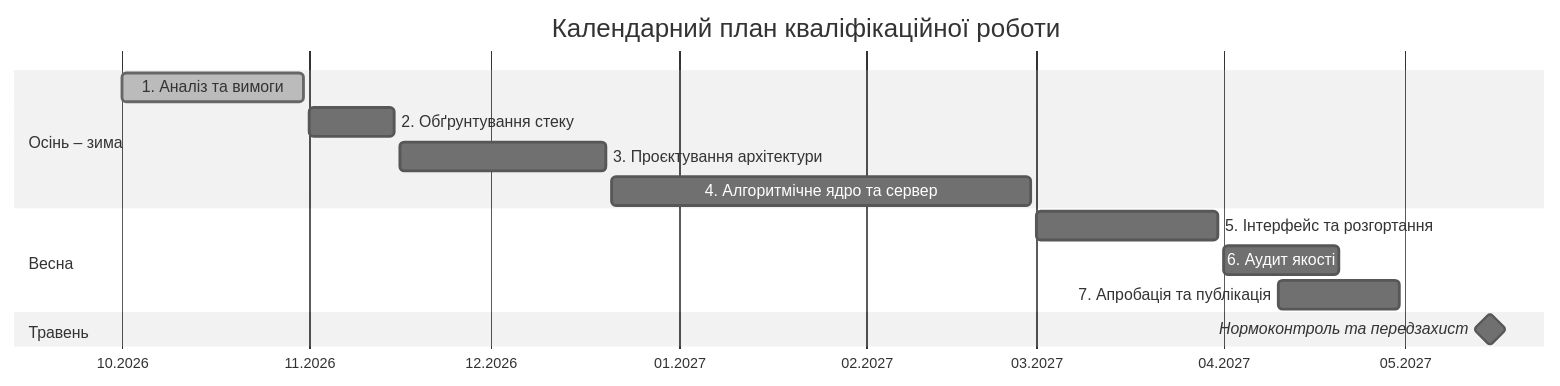
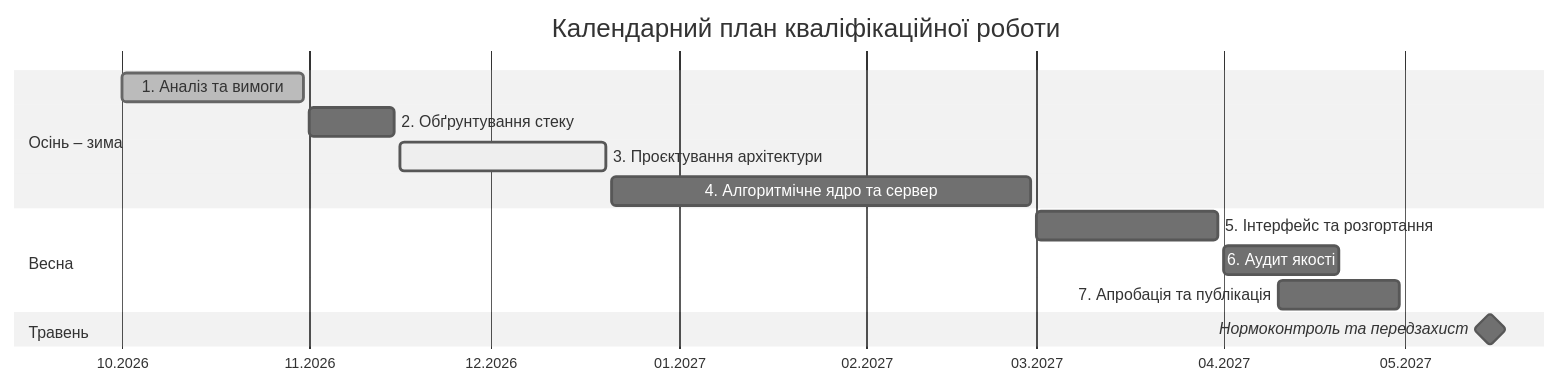
One commit to MarcoGr11/Recall changed the diagram in docs/16-Календарний план.md. Above: the diagram before and after it, drawn with Mermaid (neutral theme). The commit also changed other lines of this file and 2 other files, not shown here.

Commit message:
docs: implement ISO 29148 SRS, model C4 levels 1-3 via Mermaid and log ADR-001

````diff
--- a/docs/16-Календарний план.md
+++ b/docs/16-Календарний план.md
@@ -15,17 +15,17 @@
 ```mermaid
 gantt
     title Календарний план кваліфікаційної роботи
     dateFormat YYYY-MM-DD
     axisFormat %m.%Y
     section Осінь – зима
     1. Аналіз та вимоги              :done, s1, 2026-10-01, 2026-10-31
     2. Обґрунтування стеку           :s2, 2026-11-01, 2026-11-15
-    3. Проєктування архітектури      :s3, 2026-11-16, 2026-12-20
+    3. Проєктування архітектури      :active, s3, 2026-11-16, 2026-12-20
     4. Алгоритмічне ядро та сервер   :s4, 2026-12-21, 2027-02-28
     section Весна
     5. Інтерфейс та розгортання      :s5, 2027-03-01, 2027-03-31
     6. Аудит якості                  :s6, 2027-04-01, 2027-04-20
     7. Апробація та публікація       :s7, 2027-04-10, 2027-04-30
     section Травень
     Нормоконтроль та передзахист     :milestone, 2027-05-15, 0d
 ```
````
